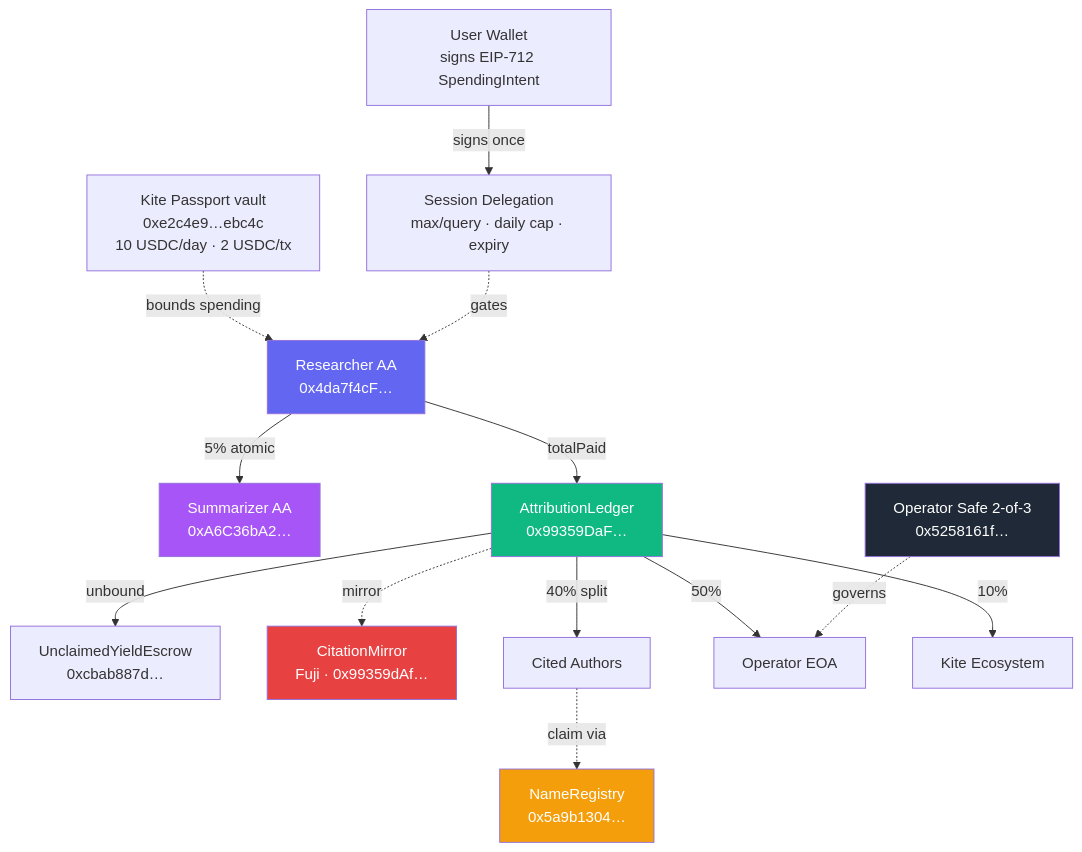
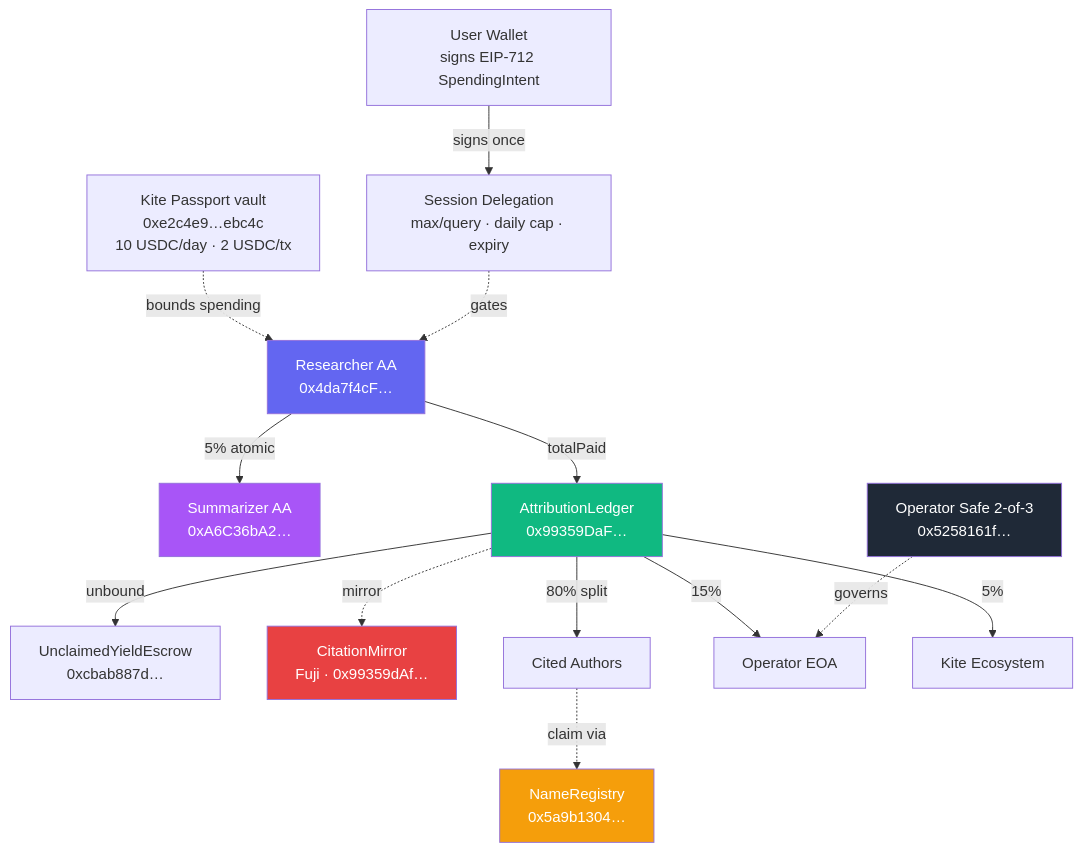
Before and after one commit to PugarHuda/kutip: the diagram in docs/submission-copy.md, drawn with Mermaid. The commit also changed other lines of this file and 7 other files, not shown here.

First line of the commit message:
feat: rebalance revenue split to authors-majority 80/15/5

````diff
--- a/docs/submission-copy.md
+++ b/docs/submission-copy.md
@@ -137,33 +137,33 @@
 ```mermaid
 flowchart TB
     User[User Wallet<br/>signs EIP-712 SpendingIntent]
     Passport[Session Delegation<br/>max/query · daily cap · expiry]
     KitePass[Kite Passport vault<br/>0xe2c4e9…ebc4c<br/>10 USDC/day · 2 USDC/tx]
     Researcher[Researcher AA<br/>0x4da7f4cF…]
     Summarizer[Summarizer AA<br/>0xA6C36bA2…]
     Ledger[AttributionLedger<br/>0x99359DaF…]
     NameReg[NameRegistry<br/>0x5a9b1304…]
     Escrow[UnclaimedYieldEscrow<br/>0xcbab887d…]
     Mirror[CitationMirror<br/>Fuji · 0x99359dAf…]
     Safe[Operator Safe 2-of-3<br/>0x5258161f…]
 
     User --signs once--> Passport
     KitePass -.bounds spending.-> Researcher
     Passport -.gates.-> Researcher
     Researcher --5% atomic--> Summarizer
     Researcher --totalPaid--> Ledger
-    Ledger --40% split--> Authors[Cited Authors]
-    Ledger --50%--> Operator[Operator EOA]
-    Ledger --10%--> Eco[Kite Ecosystem]
+    Ledger --80% split--> Authors[Cited Authors]
+    Ledger --15%--> Operator[Operator EOA]
+    Ledger --5%--> Eco[Kite Ecosystem]
     Authors -.claim via.-> NameReg
     Ledger --unbound--> Escrow
     Ledger -.mirror.-> Mirror
     Safe -.governs.-> Operator
 
     style Researcher fill:#6366f1,color:#fff
     style Summarizer fill:#a855f7,color:#fff
     style Ledger fill:#10b981,color:#fff
     style NameReg fill:#f59e0b,color:#fff
     style Mirror fill:#e84142,color:#fff
     style Safe fill:#1f2937,color:#fff
 ```
````
